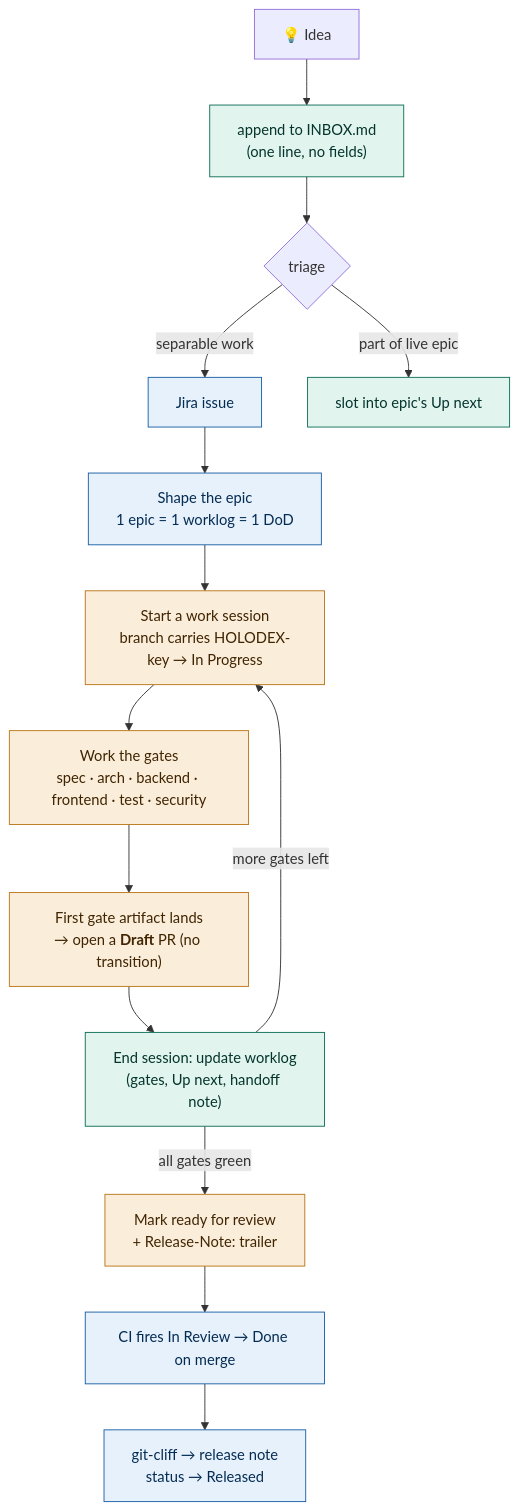
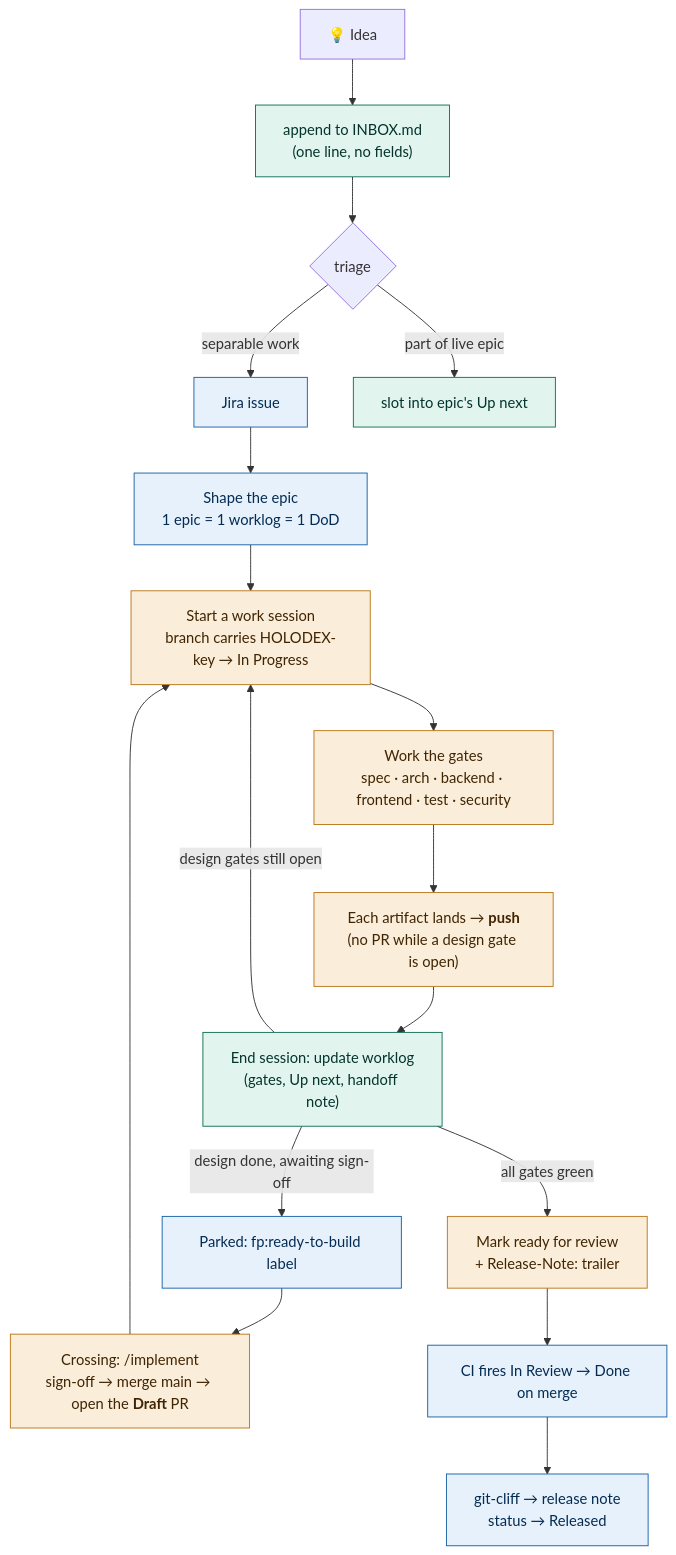
Before and after one commit to whoiskevinrich/holodex: the diagram in docs/reference/workflow-idea-to-merge.md, drawn with Mermaid. The commit also changed other lines of this file and 6 other files, not shown here.

````diff
--- a/docs/reference/workflow-idea-to-merge.md
+++ b/docs/reference/workflow-idea-to-merge.md
@@ -30,23 +30,26 @@
 ```mermaid
 flowchart TB
   I["💡 Idea"] --> INBOX["append to INBOX.md<br/>(one line, no fields)"]
   INBOX --> TRIAGE{"triage"}
   TRIAGE -->|separable work| ISSUE["Jira issue"]
   TRIAGE -->|part of live epic| UPNEXT["slot into epic's Up next"]
   ISSUE --> EPIC["Shape the epic<br/>1 epic = 1 worklog = 1 DoD"]
   EPIC --> SESSION["Start a work session<br/>branch carries HOLODEX-key → In Progress"]
   SESSION --> GATES["Work the gates<br/>spec · arch · backend · frontend · test · security"]
-  GATES --> DRAFT["First gate artifact lands<br/>→ open a <b>Draft</b> PR (no transition)"]
-  DRAFT --> HANDOFF["End session: update worklog<br/>(gates, Up next, handoff note)"]
-  HANDOFF -->|more gates left| SESSION
+  GATES --> PUSH["Each artifact lands → <b>push</b><br/>(no PR while a design gate is open)"]
+  PUSH --> HANDOFF["End session: update worklog<br/>(gates, Up next, handoff note)"]
+  HANDOFF -->|design gates still open| SESSION
+  HANDOFF -->|design done, awaiting sign-off| PARK["Parked: fp:ready-to-build label"]
+  PARK --> IMPL["Crossing: /implement<br/>sign-off → merge main → open the <b>Draft</b> PR"]
+  IMPL --> SESSION
   HANDOFF -->|all gates green| PR["Mark ready for review<br/>+ Release-Note: trailer"]
   PR --> CI["CI fires In Review → Done on merge"]
   CI --> REL["git-cliff → release note<br/>status → Released"]
 
   classDef file fill:#e1f5ee,stroke:#0f6e56,color:#04342c;
   classDef jira fill:#e6f1fb,stroke:#185fa5,color:#042c53;
   classDef gate fill:#faeeda,stroke:#ba7517,color:#412402;
   class INBOX,HANDOFF,UPNEXT file;
-  class ISSUE,EPIC,CI,REL jira;
-  class SESSION,GATES,DRAFT,PR gate;
+  class ISSUE,EPIC,PARK,CI,REL jira;
+  class SESSION,GATES,PUSH,IMPL,PR gate;
 ```
````
